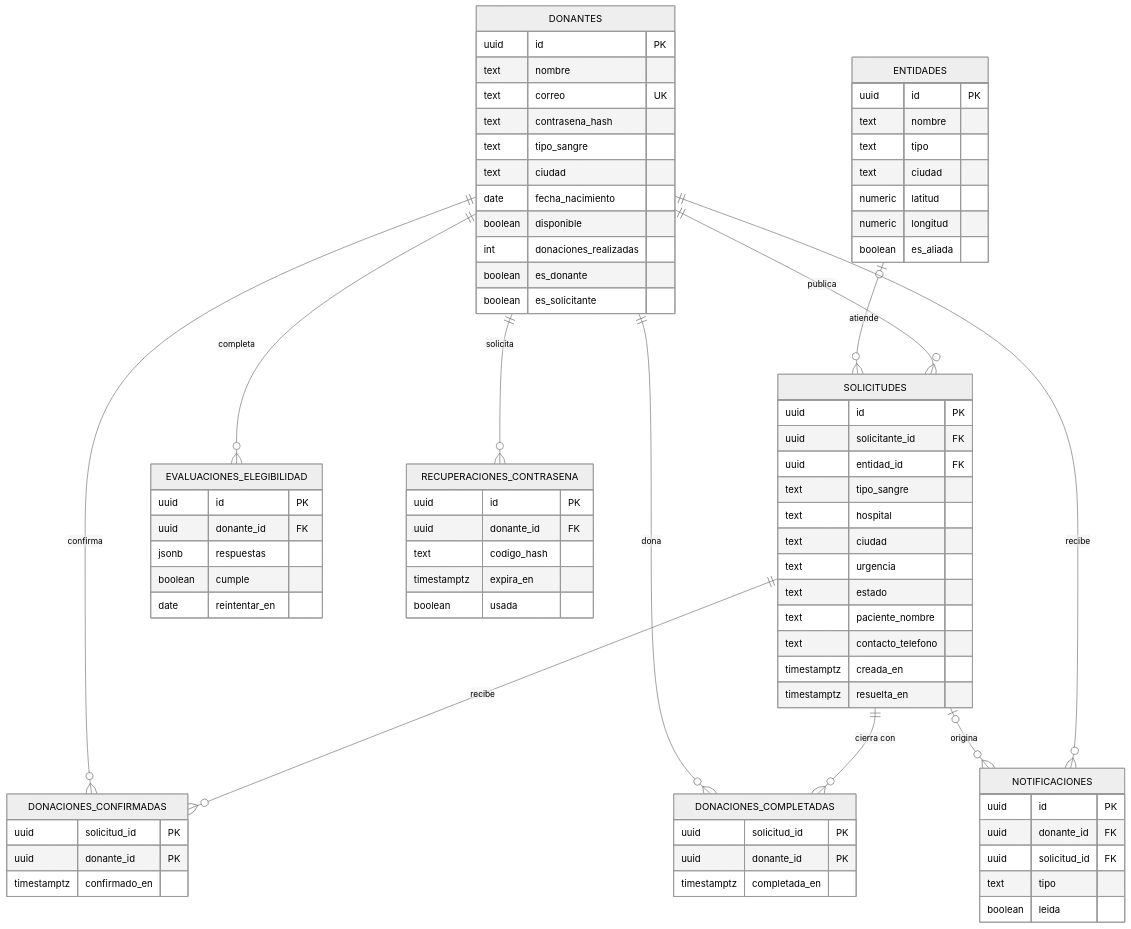
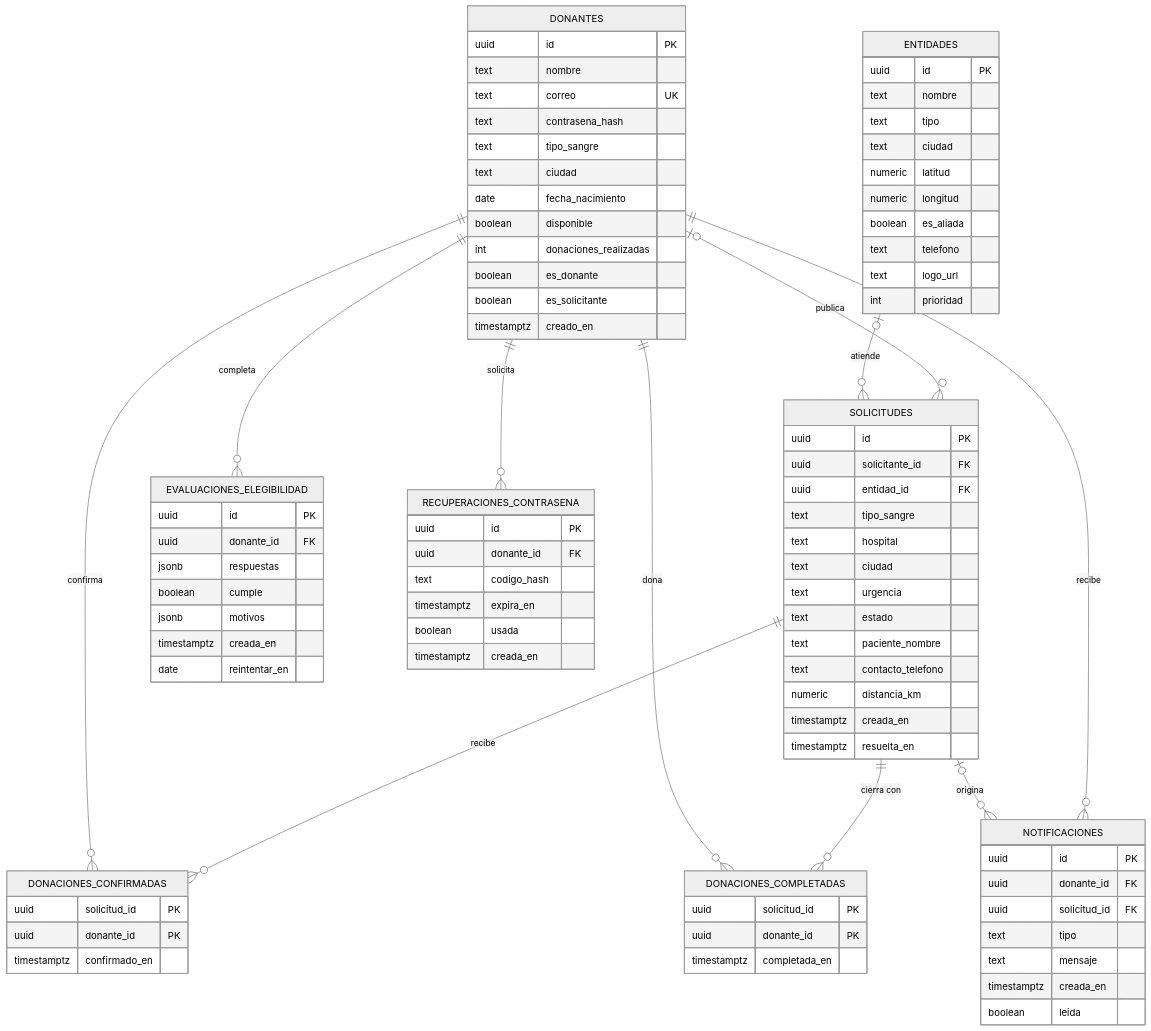
The fourth of 7 diagrams in docs/02-diagramas.md (paulinacardona028-netizen/vidaenred-app), drawn with Mermaid (neutral theme) before and after one commit. The commit also changed other lines of this file, not shown here.

Commit message:
docs: actualizar diagramas y verificar correspondencia con el codigo

````diff
--- a/docs/02-diagramas.md
+++ b/docs/02-diagramas.md
@@ -85,6 +86,6 @@
 ```mermaid
 erDiagram
-  DONANTES ||--o{ SOLICITUDES : "publica"
+  DONANTES |o--o{ SOLICITUDES : "publica"
   ENTIDADES |o--o{ SOLICITUDES : "atiende"
   SOLICITUDES ||--o{ DONACIONES_CONFIRMADAS : "recibe"
   DONANTES ||--o{ DONACIONES_CONFIRMADAS : "confirma"
@@ -107,6 +108,7 @@
     int donaciones_realizadas
     boolean es_donante
     boolean es_solicitante
+    timestamptz creado_en
   }
   SOLICITUDES {
     uuid id PK
@@ -119,6 +121,7 @@
     text estado
     text paciente_nombre
     text contacto_telefono
+    numeric distancia_km
     timestamptz creada_en
     timestamptz resuelta_en
   }
@@ -130,6 +133,9 @@
     numeric latitud
     numeric longitud
     boolean es_aliada
+    text telefono
+    text logo_url
+    int prioridad
   }
   DONACIONES_CONFIRMADAS {
     uuid solicitud_id PK
@@ -146,6 +152,8 @@
     uuid donante_id FK
     uuid solicitud_id FK
     text tipo
+    text mensaje
+    timestamptz creada_en
     boolean leida
   }
   EVALUACIONES_ELEGIBILIDAD {
@@ -153,6 +161,8 @@
     uuid donante_id FK
     jsonb respuestas
     boolean cumple
+    jsonb motivos
+    timestamptz creada_en
     date reintentar_en
   }
   RECUPERACIONES_CONTRASENA {
@@ -161,5 +171,6 @@
     text codigo_hash
     timestamptz expira_en
     boolean usada
+    timestamptz creada_en
   }
 ```
````
